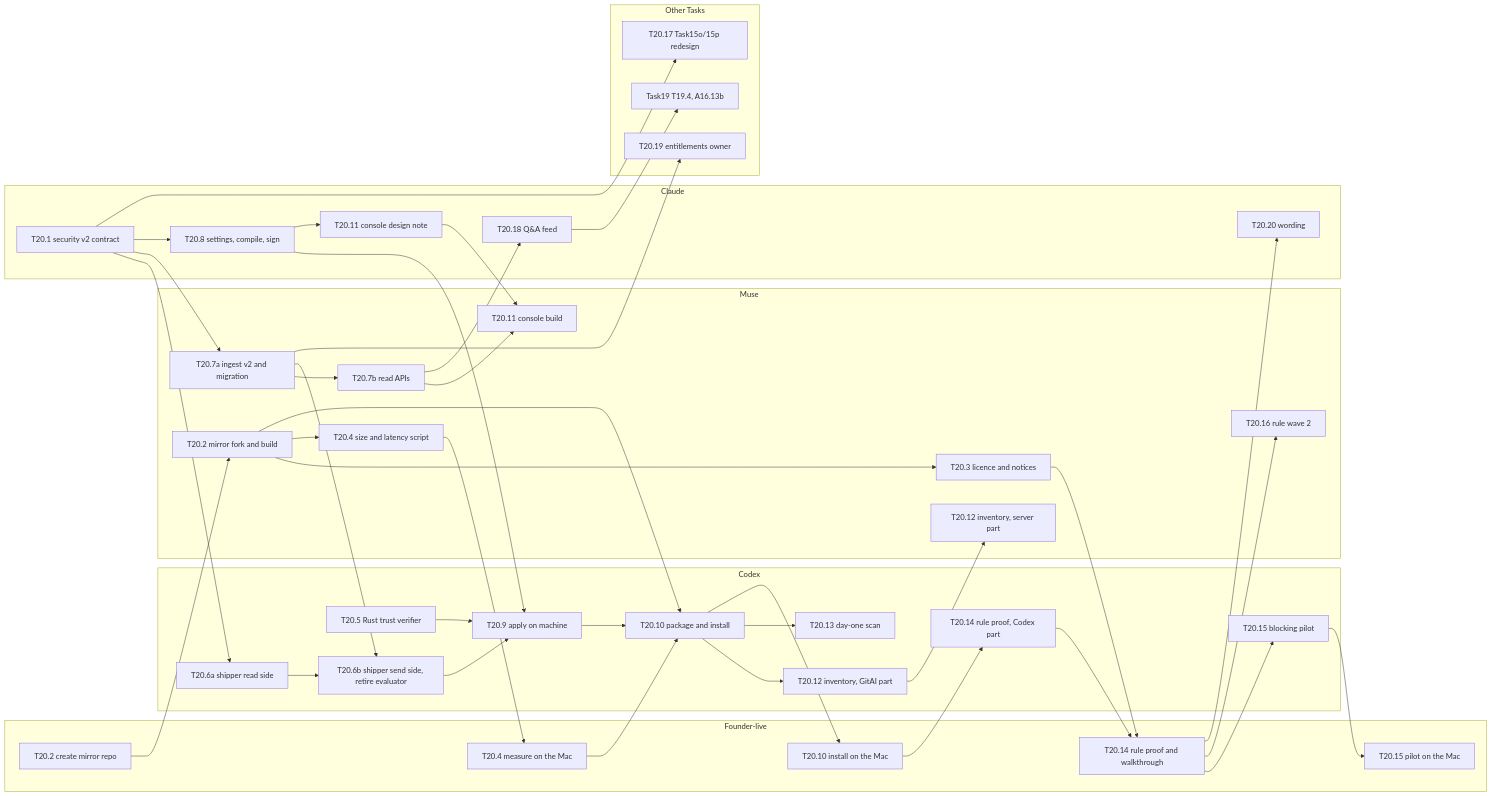
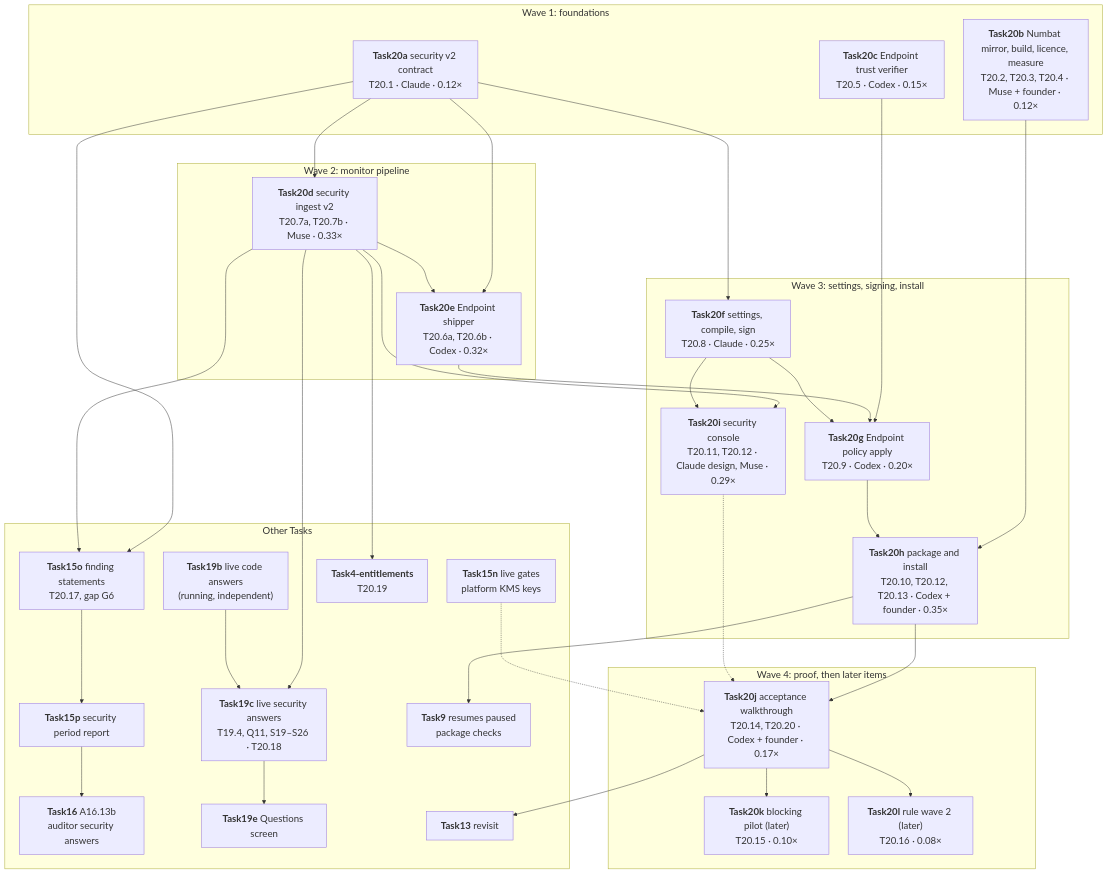
Before and after one commit to mahamannu-ux/TrackAI-V1: the diagram in docs/plan/primers/Task20_PRIMER.md, drawn with Mermaid. The commit also changed other lines of this file and 3 other files, not shown here.

Commit message:
Task20-plan: founder decisions at checkpoint 1; session graph; TrackAI Endpoint naming (AGENTS.md §2, template, procedure)

````diff
--- a/docs/plan/primers/Task20_PRIMER.md
+++ b/docs/plan/primers/Task20_PRIMER.md
@@ -110,69 +113,59 @@
 ```mermaid
-flowchart LR
-  subgraph Claude
-    C1[T20.1 security v2 contract]
-    C8[T20.8 settings, compile, sign]
-    C11d[T20.11 console design note]
-    C18[T20.18 Q&A feed]
-    C20[T20.20 wording]
+%%{init: {"flowchart": {"nodeSpacing": 40, "rankSpacing": 60}, "themeVariables": {"fontSize": "20px"}}}%%
+flowchart TB
+  subgraph W1["Wave 1: foundations"]
+    A["<b>Task20a</b> security v2 contract<br/>T20.1 · Claude · 0.12×"]
+    B["<b>Task20b</b> Numbat mirror, build, licence, measure<br/>T20.2, T20.3, T20.4 · Muse + founder · 0.12×"]
+    C["<b>Task20c</b> Endpoint trust verifier<br/>T20.5 · Codex · 0.15×"]
   end
-  subgraph Codex
-    X5[T20.5 Rust trust verifier]
-    X6a[T20.6a shipper read side]
-    X6b[T20.6b shipper send side, retire evaluator]
-    X9[T20.9 apply on machine]
-    X10[T20.10 package and install]
-    X12[T20.12 inventory, GitAI part]
-    X13[T20.13 day-one scan]
-    X14[T20.14 rule proof, Codex part]
-    X15[T20.15 blocking pilot]
+  subgraph W2["Wave 2: monitor pipeline"]
+    D["<b>Task20d</b> security ingest v2<br/>T20.7a, T20.7b · Muse · 0.33×"]
+    E["<b>Task20e</b> Endpoint shipper<br/>T20.6a, T20.6b · Codex · 0.32×"]
   end
-  subgraph Muse
-    M2[T20.2 mirror fork and build]
-    M3[T20.3 licence and notices]
-    M4[T20.4 size and latency script]
-    M7a[T20.7a ingest v2 and migration]
-    M7b[T20.7b read APIs]
-    M11[T20.11 console build]
-    M12[T20.12 inventory, server part]
-    M16[T20.16 rule wave 2]
+  subgraph W3["Wave 3: settings, signing, install"]
+    F["<b>Task20f</b> settings, compile, sign<br/>T20.8 · Claude · 0.25×"]
+    G["<b>Task20g</b> Endpoint policy apply<br/>T20.9 · Codex · 0.20×"]
+    H["<b>Task20h</b> package and install<br/>T20.10, T20.12, T20.13 · Codex + founder · 0.35×"]
+    I["<b>Task20i</b> security console<br/>T20.11, T20.12 · Claude design, Muse · 0.29×"]
   end
-  subgraph Founder_live["Founder-live"]
-    F2[T20.2 create mirror repo]
-    F4[T20.4 measure on the Mac]
-    F10[T20.10 install on the Mac]
-    F14[T20.14 rule proof and walkthrough]
-    F15[T20.15 pilot on the Mac]
+  subgraph W4["Wave 4: proof, then later items"]
+    J["<b>Task20j</b> acceptance walkthrough<br/>T20.14, T20.20 · Codex + founder · 0.17×"]
+    K["<b>Task20k</b> blocking pilot (later)<br/>T20.15 · 0.10×"]
+    L["<b>Task20l</b> rule wave 2 (later)<br/>T20.16 · 0.08×"]
   end
-  subgraph Other_Tasks["Other Tasks"]
-    T15[T20.17 Task15o/15p redesign]
-    T19[Task19 T19.4, A16.13b]
-    E19[T20.19 entitlements owner]
+  subgraph OT["Other Tasks"]
+    N["<b>Task15n</b> live gates<br/>platform KMS keys"]
+    O["<b>Task15o</b> finding statements<br/>T20.17, gap G6"]
+    P["<b>Task15p</b> security period report"]
+    Q16["<b>Task16</b> A16.13b<br/>auditor security answers"]
+    S19b["<b>Task19b</b> live code answers<br/>(running, independent)"]
+    S19c["<b>Task19c</b> live security answers<br/>T19.4, Q11, S19–S26 · T20.18"]
+    S19e["<b>Task19e</b> Questions screen"]
+    ENT["<b>Task4-entitlements</b><br/>T20.19"]
+    T9["<b>Task9</b> resumes paused<br/>package checks"]
+    T13["<b>Task13</b> revisit"]
   end
-  F2 --> M2 --> M3
-  M2 --> M4 --> F4
-  C1 --> X6a
-  C1 --> M7a
-  C1 --> C8
-  C1 --> T15
-  X6a --> X6b
-  M7a --> M7b
-  M7a --> X6b
-  X5 --> X9
-  C8 --> X9
-  X6b --> X9
-  M2 --> X10
-  X9 --> X10
-  F4 --> X10
-  C8 --> C11d --> M11
-  M7b --> M11
-  X10 --> X12 --> M12
-  X10 --> X13
-  X10 --> F10 --> X14 --> F14
-  M3 --> F14
-  F14 --> X15 --> F15
-  F14 --> M16
-  M7b --> C18 --> T19
-  F14 --> C20
-  M7a --> E19
+  A --> D
+  A --> E
+  A --> F
+  A --> O
+  D --> E
+  D --> I
+  C --> G
+  E --> G
+  F --> G
+  F --> I
+  B --> H
+  G --> H
+  H --> J
+  I -.-> J
+  N -.-> J
+  J --> K
+  J --> L
+  J --> T13
+  H --> T9
+  D --> O --> P --> Q16
+  D --> S19c
+  S19b --> S19c --> S19e
+  D --> ENT
 ```
````
